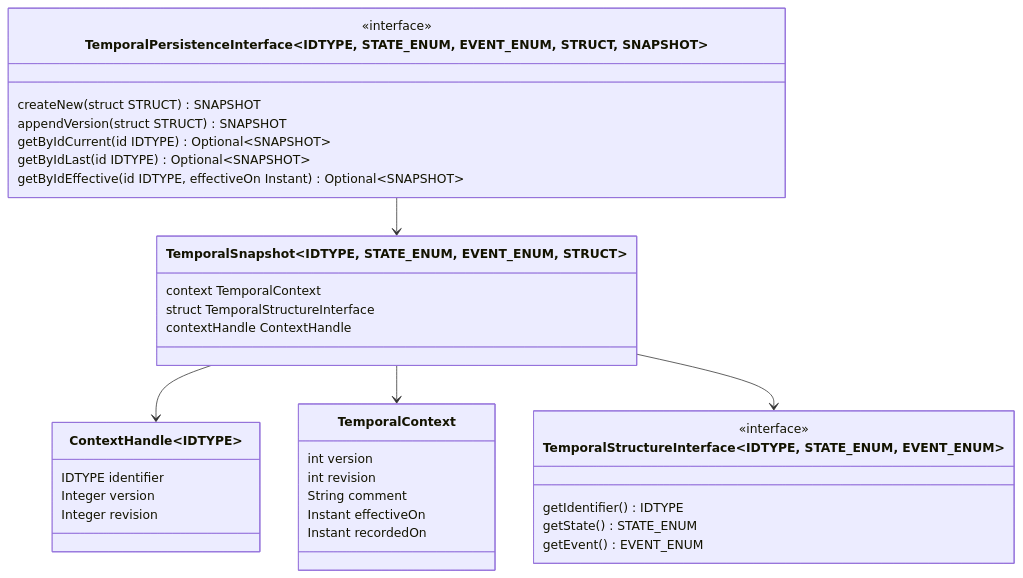
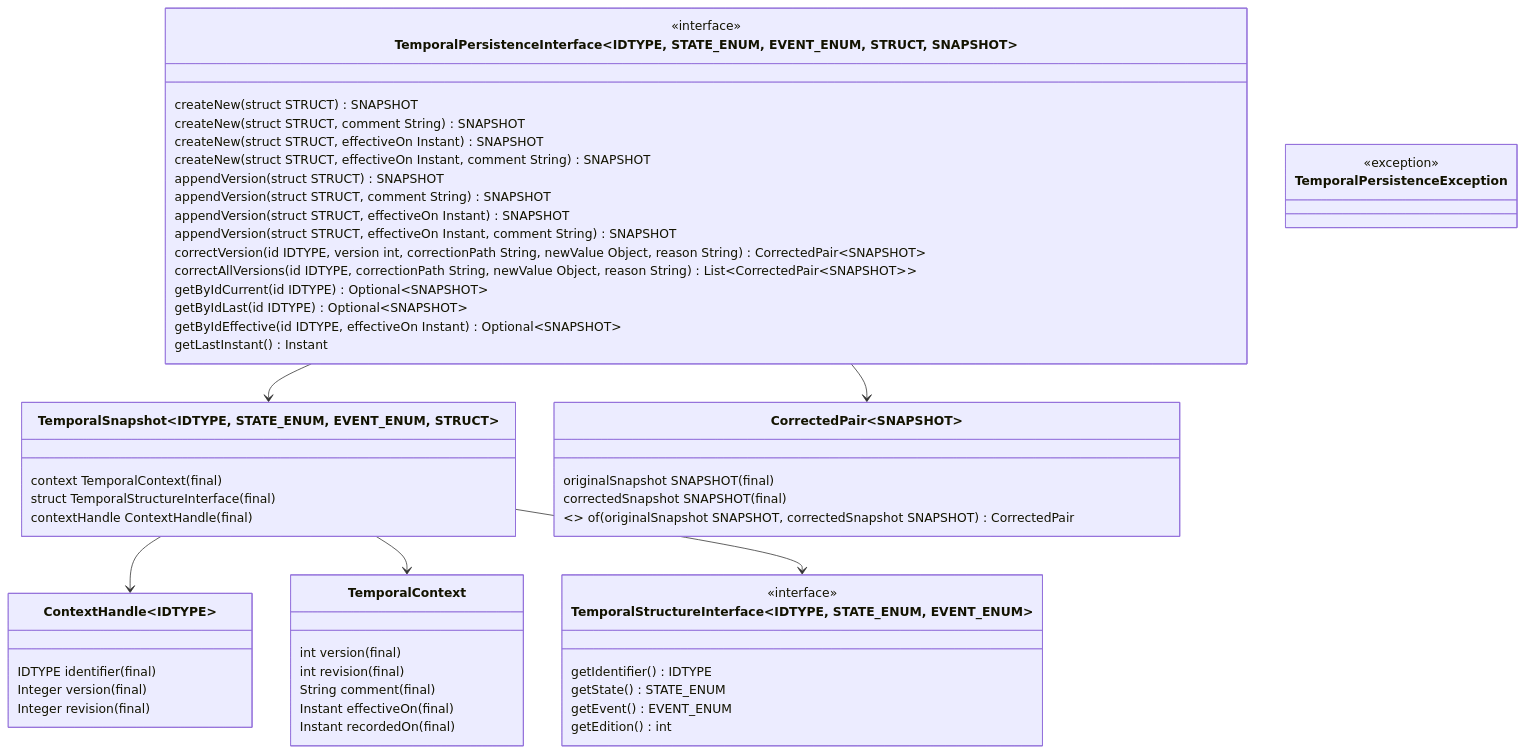
The diagram in README.md (drp2179/bi-temporal-data-base-lib), drawn with Mermaid before and after one commit.

Commit message:
update mermaid diagram

````diff
--- a/README.md
+++ b/README.md
@@ -7,47 +7,73 @@
 ```mermaid
 classDiagram
     
     class TemporalContext {
-        int version
-        int revision
-        String comment
-        Instant effectiveOn
-        Instant recordedOn
+        int version (final)
+        int revision (final)
+        String comment (final)
+        Instant effectiveOn (final)
+        Instant recordedOn (final)
     }
 
     class ContextHandle~IDTYPE~ {
-        IDTYPE identifier
-        Integer version
-        Integer revision
+        IDTYPE identifier (final)
+        Integer version (final)
+        Integer revision (final)
     }
 
     class TemporalStructureInterface~IDTYPE, STATE_ENUM, EVENT_ENUM~ {
         <<interface>>
         getIdentifier() IDTYPE
         getState() STATE_ENUM
         getEvent() EVENT_ENUM
+        getEdition() int
     }
 
     class TemporalSnapshot~IDTYPE, STATE_ENUM, EVENT_ENUM, STRUCT~ {
-        context TemporalContext
-        struct TemporalStructureInterface
-        contextHandle ContextHandle
+        context TemporalContext (final)
+        struct TemporalStructureInterface (final)
+        contextHandle ContextHandle (final)
     }
 
     TemporalSnapshot --> ContextHandle
     TemporalSnapshot --> TemporalContext
     TemporalSnapshot --> TemporalStructureInterface
+    
+    class CorrectedPair~SNAPSHOT~ {
+			originalSnapshot SNAPSHOT (final)
+			correctedSnapshot SNAPSHOT (final)
+
+			<<static>> of(originalSnapshot SNAPSHOT, correctedSnapshot SNAPSHOT) CorrectedPair<SNAPSHOT>
+    }
 
     class TemporalPersistenceInterface~IDTYPE, STATE_ENUM, EVENT_ENUM, STRUCT, SNAPSHOT~ {
         <<interface>>
 
         createNew(struct STRUCT) SNAPSHOT
+        createNew(struct STRUCT, comment String) SNAPSHOT
+        createNew(struct STRUCT, effectiveOn Instant) SNAPSHOT
+        createNew(struct STRUCT, effectiveOn Instant, comment String) SNAPSHOT
+        
         appendVersion(struct STRUCT) SNAPSHOT
+        appendVersion(struct STRUCT, comment String) SNAPSHOT
+        appendVersion(struct STRUCT, effectiveOn Instant) SNAPSHOT
+        appendVersion(struct STRUCT, effectiveOn Instant, comment String) SNAPSHOT
+        
+        correctVersion(id IDTYPE, version int, correctionPath String, newValue Object, reason String) CorrectedPair~SNAPSHOT~
+        correctAllVersions(id IDTYPE, correctionPath String, newValue Object, reason String) List~CorrectedPair~SNAPSHOT~~
+        
         getByIdCurrent(id IDTYPE) Optional~SNAPSHOT~
         getByIdLast(id IDTYPE) Optional~SNAPSHOT~
         getByIdEffective(id IDTYPE, effectiveOn Instant) Optional~SNAPSHOT~
+        
+        getLastInstant() Instant
     }
 
     TemporalPersistenceInterface --> TemporalSnapshot
+    TemporalPersistenceInterface --> CorrectedPair
+    
+    class TemporalPersistenceException {
+    	<<exception>>
+    }
 
 ```
````
